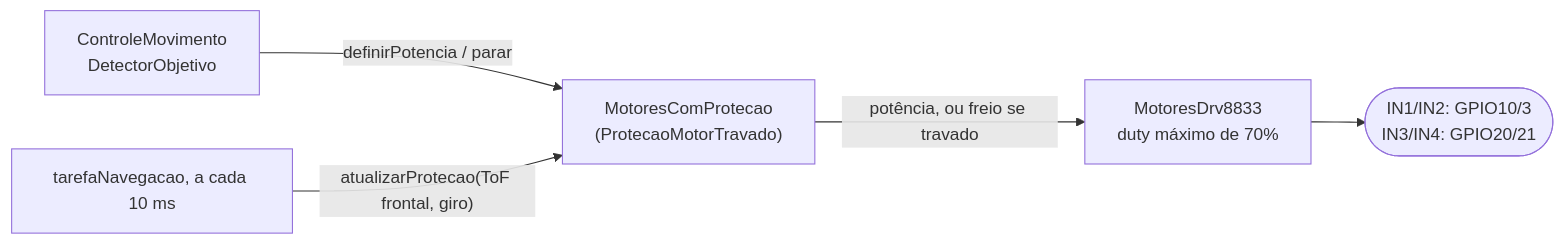
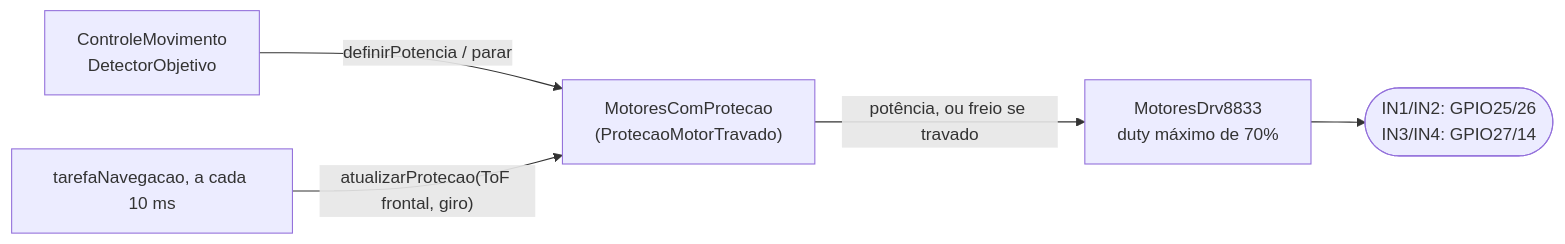
Diagram 19 of 22 in docs/04-projeto-conceitual/firmware.md (fcte-pi1/2026_2_PI1_Grupo01_Hilmer), drawn with Mermaid before and after one commit. The commit also changed other lines of this file and 6 other files, not shown here.

````diff
--- a/docs/04-projeto-conceitual/firmware.md
+++ b/docs/04-projeto-conceitual/firmware.md
@@ -1540,7 +1543,7 @@
 ```mermaid
 flowchart LR
     quem["ControleMovimento<br/>DetectorObjetivo"] -->|"definirPotencia / parar"| prot["MotoresComProtecao<br/>(ProtecaoMotorTravado)"]
     nav["tarefaNavegacao, a cada 10 ms"] -->|"atualizarProtecao(ToF frontal, giro)"| prot
     prot -->|"potência, ou freio se travado"| drv["MotoresDrv8833<br/>duty máximo de 70%"]
-    drv --> pinos(["IN1/IN2: GPIO10/3<br/>IN3/IN4: GPIO20/21"])
+    drv --> pinos(["IN1/IN2: GPIO25/26<br/>IN3/IN4: GPIO27/14"])
 ```
````
